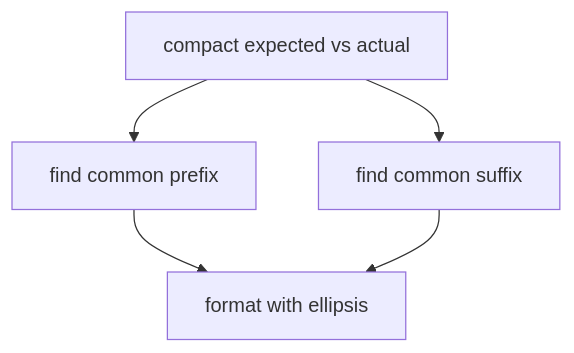
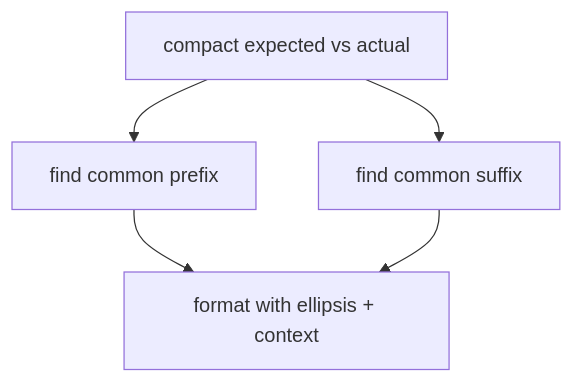
The diagram in _cleancode/ch15-junit-internals.md (pmagnomuller/pmagnomuller.github.io), drawn with Mermaid before and after one commit. The commit also changed other lines of this file and 28 other files, not shown here.

````diff
--- a/_cleancode/ch15-junit-internals.md
+++ b/_cleancode/ch15-junit-internals.md
@@ -18,7 +28,7 @@
 ```mermaid
 flowchart TD
   Compact[compact expected vs actual] --> Pref[find common prefix]
   Compact --> Suff[find common suffix]
-  Pref --> Fmt[format with ellipsis]
+  Pref --> Fmt[format with ellipsis + context]
   Suff --> Fmt
 ```
````
